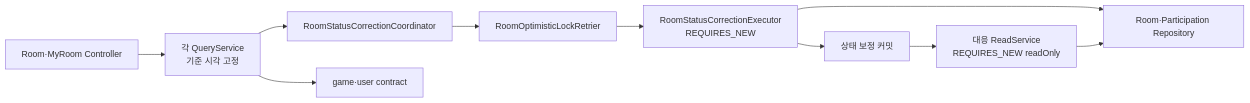
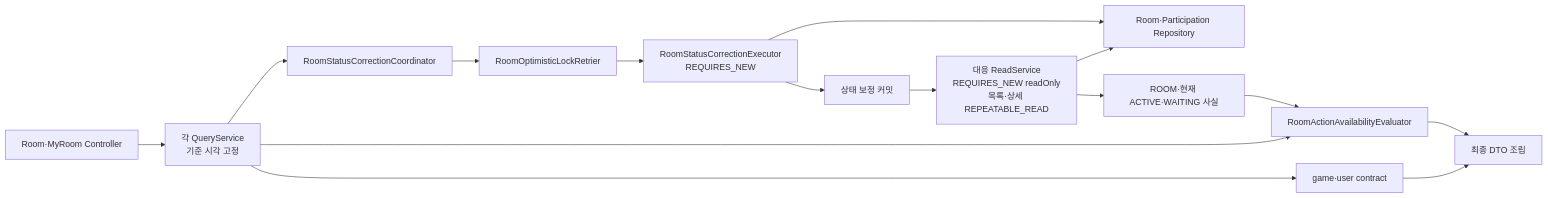
The second of 5 diagrams in docs/ARCHITECTURE.md (bamsongi-club/albam-mate), drawn with Mermaid before and after one commit. The commit also changed other lines of this file and 2 other files, not shown here.

Commit message:
docs: ROOM-08 관련 정본 일치

````diff
--- a/docs/ARCHITECTURE.md
+++ b/docs/ARCHITECTURE.md
@@ -178,12 +178,17 @@
 ```mermaid
 flowchart LR
     controller["Room·MyRoom Controller"] --> query["각 QueryService<br/>기준 시각 고정"]
     query --> coordinator["RoomStatusCorrectionCoordinator"]
     coordinator --> retrier["RoomOptimisticLockRetrier"]
     retrier --> correctionExecutor["RoomStatusCorrectionExecutor<br/>REQUIRES_NEW"]
     correctionExecutor --> repositories["Room·Participation Repository"]
     correctionExecutor --> committed["상태 보정 커밋"]
-    committed --> read["대응 ReadService<br/>REQUIRES_NEW readOnly"]
+    committed --> read["대응 ReadService<br/>REQUIRES_NEW readOnly<br/>목록·상세 REPEATABLE_READ"]
     read --> repositories
+    read --> facts["ROOM·현재 ACTIVE·WAITING 사실"]
+    facts --> evaluator["RoomActionAvailabilityEvaluator"]
+    query --> evaluator
     query --> contracts["game·user contract"]
+    evaluator --> response["최종 DTO 조립"]
+    contracts --> response
 ```
````
